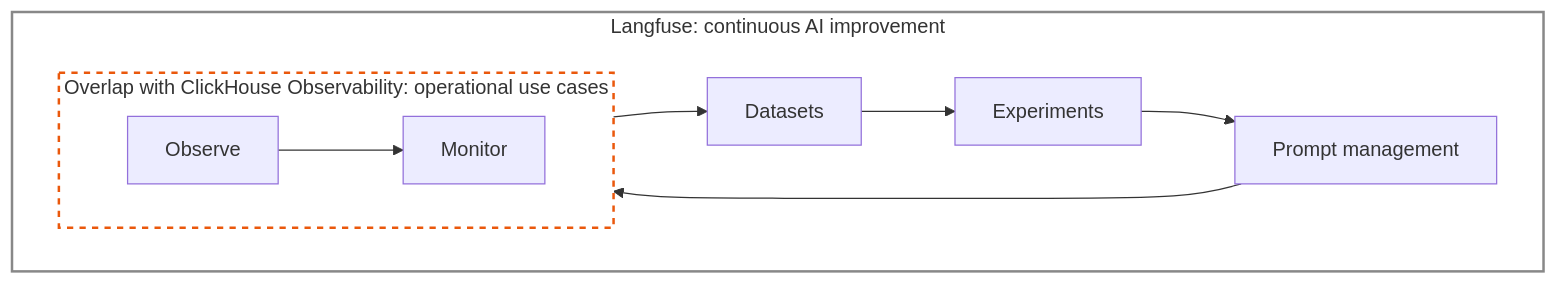
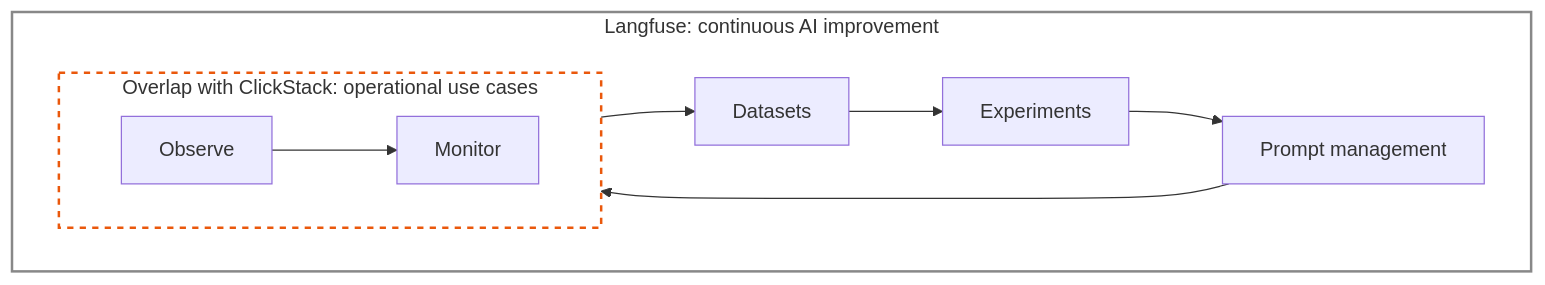
Before and after one commit to langfuse/langfuse-docs: the first of 2 diagrams in content/integrations/clickhouse/observability.mdx, drawn with Mermaid. The commit also changed other lines of this file, not shown here.

First line of the commit message:
docs: rename ClickHouse Observability to ClickStack on integration page

````diff
--- a/content/integrations/clickhouse/observability.mdx
+++ b/content/integrations/clickhouse/observability.mdx
@@ -18,19 +18,19 @@
 ```mermaid
 flowchart LR
     subgraph langfuse_loop["Langfuse: continuous AI improvement"]
         direction LR
-        subgraph operational_overlap["Overlap with ClickHouse Observability: operational use cases"]
+        subgraph operational_overlap["Overlap with ClickStack: operational use cases"]
             direction LR
             observe["Observe"] --> monitor["Monitor"]
         end
         monitor --> datasets["Datasets"]
         datasets --> experiments["Experiments"]
         experiments --> prompts["Prompt management"]
         prompts --> observe
     end
 
     classDef loopBox fill:none,stroke:#888,stroke-width:2px
     classDef overlapBox fill:none,stroke:#ea580c,stroke-width:2px,stroke-dasharray:5 5
     class langfuse_loop loopBox
     class operational_overlap overlapBox
 ```
````
